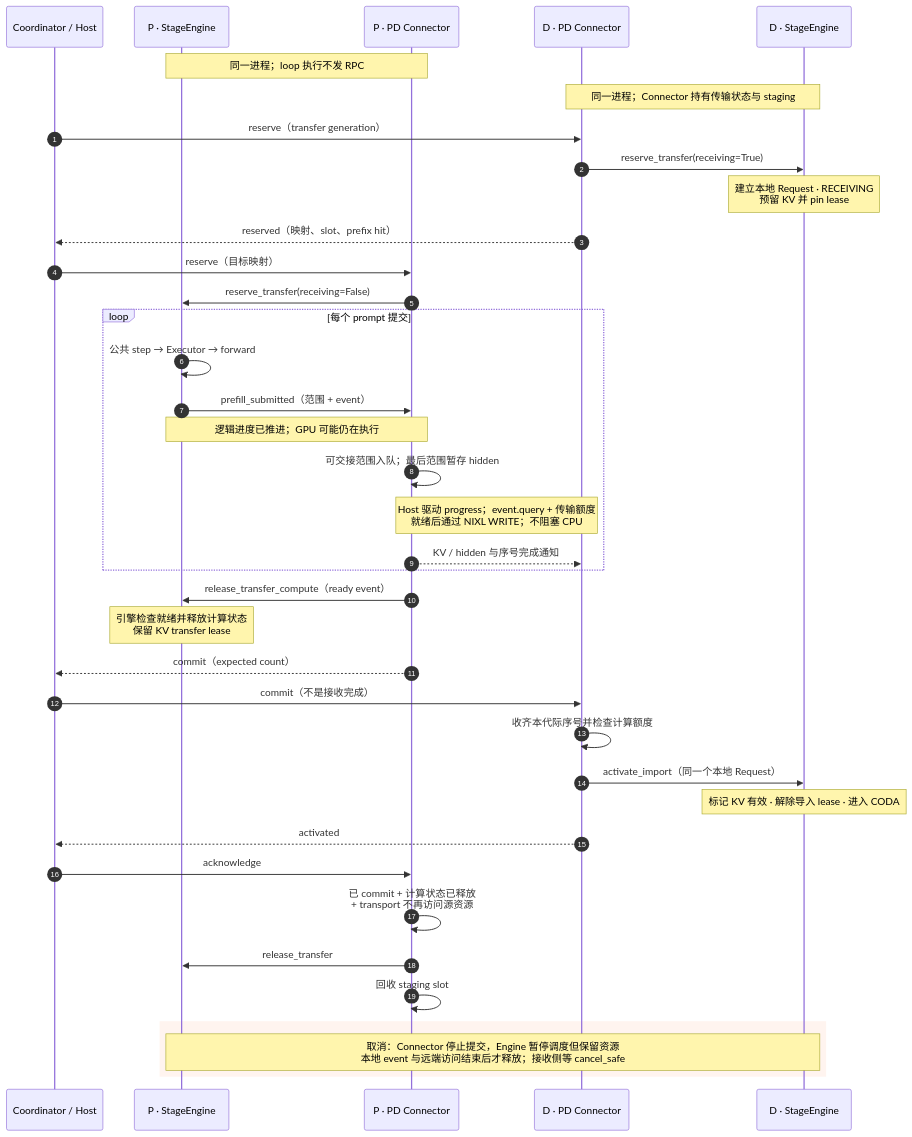
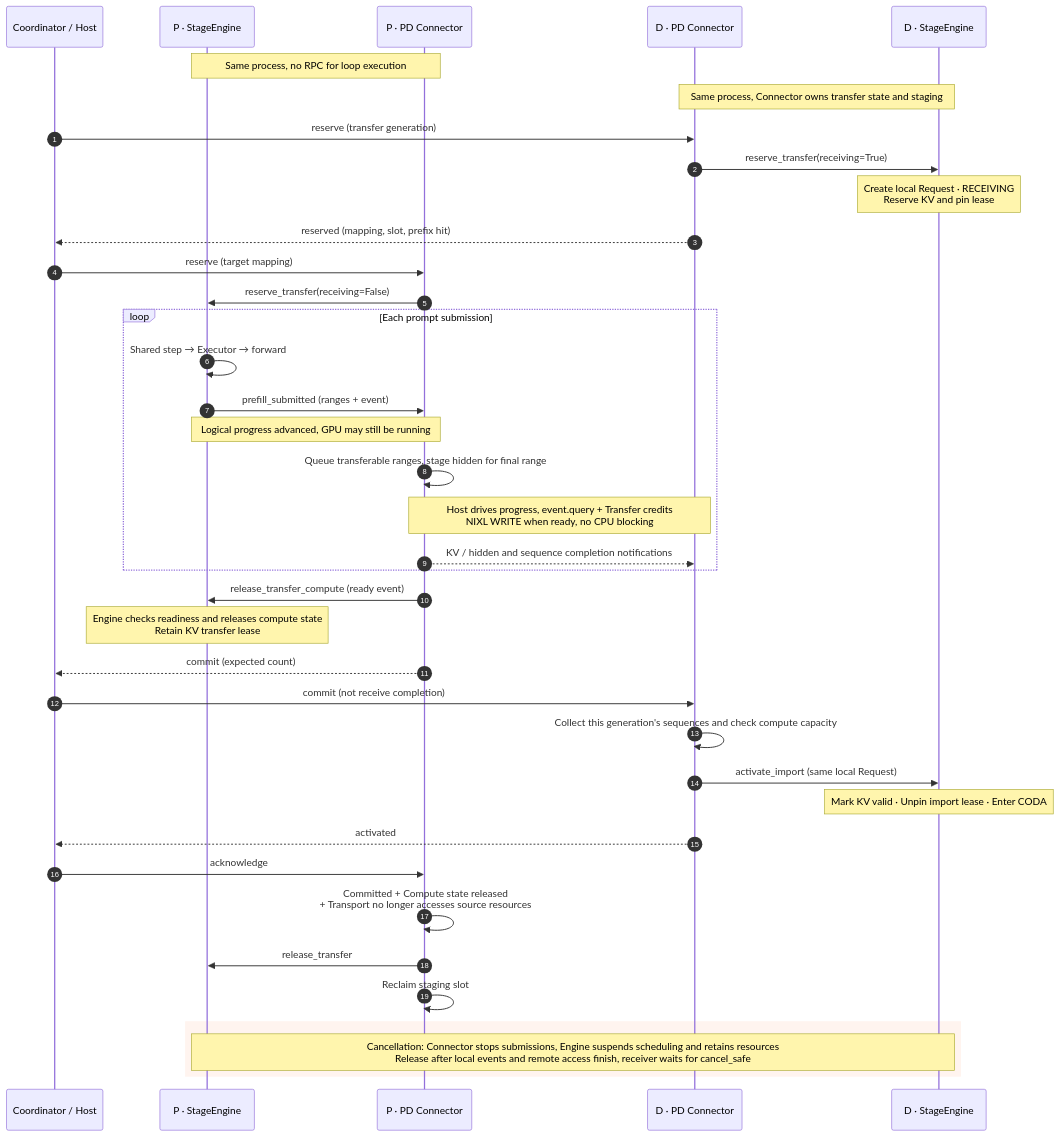
The diagram in docs/diagrams/pd-handoff.mmd (0z5a/vllm-rlt), drawn with Mermaid before and after one commit. The commit also changed 14 other files, not shown here.

Commit message:
docs: document stage philosophy and translate architecture guides

```diff
--- a/docs/diagrams/pd-handoff.mmd
+++ b/docs/diagrams/pd-handoff.mmd
@@ -1,38 +1,38 @@
 sequenceDiagram
     autonumber
     participant C as Coordinator / Host
     participant P as P · StageEngine
     participant X as P · PD Connector
     participant Y as D · PD Connector
     participant D as D · StageEngine
-    Note over P,X: 同一进程；loop 执行不发 RPC
-    Note over Y,D: 同一进程；Connector 持有传输状态与 staging
-    C->>Y: reserve（transfer generation）
+    Note over P,X: Same process, no RPC for loop execution
+    Note over Y,D: Same process, Connector owns transfer state and staging
+    C->>Y: reserve (transfer generation)
     Y->>D: reserve_transfer(receiving=True)
-    Note over D: 建立本地 Request · RECEIVING<br/>预留 KV 并 pin lease
-    Y-->>C: reserved（映射、slot、prefix hit）
-    C->>X: reserve（目标映射）
+    Note over D: Create local Request · RECEIVING<br/>Reserve KV and pin lease
+    Y-->>C: reserved (mapping, slot, prefix hit)
+    C->>X: reserve (target mapping)
     X->>P: reserve_transfer(receiving=False)
-    loop 每个 prompt 提交
-        P->>P: 公共 step → Executor → forward
-        P->>X: prefill_submitted（范围 + event）
-        Note over P,X: 逻辑进度已推进；GPU 可能仍在执行
-        X->>X: 可交接范围入队；最后范围暂存 hidden
-        Note over X,Y: Host 驱动 progress；event.query + 传输额度<br/>就绪后通过 NIXL WRITE；不阻塞 CPU
-        X-->>Y: KV / hidden 与序号完成通知
+    loop Each prompt submission
+        P->>P: Shared step → Executor → forward
+        P->>X: prefill_submitted (ranges + event)
+        Note over P,X: Logical progress advanced, GPU may still be running
+        X->>X: Queue transferable ranges, stage hidden for final range
+        Note over X,Y: Host drives progress, event.query + Transfer credits<br/>NIXL WRITE when ready, no CPU blocking
+        X-->>Y: KV / hidden and sequence completion notifications
     end
-    X->>P: release_transfer_compute（ready event）
-    Note over P: 引擎检查就绪并释放计算状态<br/>保留 KV transfer lease
-    X-->>C: commit（expected count）
-    C->>Y: commit（不是接收完成）
-    Y->>Y: 收齐本代际序号并检查计算额度
-    Y->>D: activate_import（同一个本地 Request）
-    Note over D: 标记 KV 有效 · 解除导入 lease · 进入 CODA
+    X->>P: release_transfer_compute (ready event)
+    Note over P: Engine checks readiness and releases compute state<br/>Retain KV transfer lease
+    X-->>C: commit (expected count)
+    C->>Y: commit (not receive completion)
+    Y->>Y: Collect this generation's sequences and check compute capacity
+    Y->>D: activate_import (same local Request)
+    Note over D: Mark KV valid · Unpin import lease · Enter CODA
     Y-->>C: activated
     C->>X: acknowledge
-    X->>X: 已 commit + 计算状态已释放<br/>+ transport 不再访问源资源
+    X->>X: Committed + Compute state released<br/>+ Transport no longer accesses source resources
     X->>P: release_transfer
-    X->>X: 回收 staging slot
+    X->>X: Reclaim staging slot
     rect rgb(255, 244, 239)
-        Note over P,D: 取消：Connector 停止提交，Engine 暂停调度但保留资源<br/>本地 event 与远端访问结束后才释放；接收侧等 cancel_safe
+        Note over P,D: Cancellation: Connector stops submissions, Engine suspends scheduling and retains resources<br/>Release after local events and remote access finish, receiver waits for cancel_safe
     end
```
